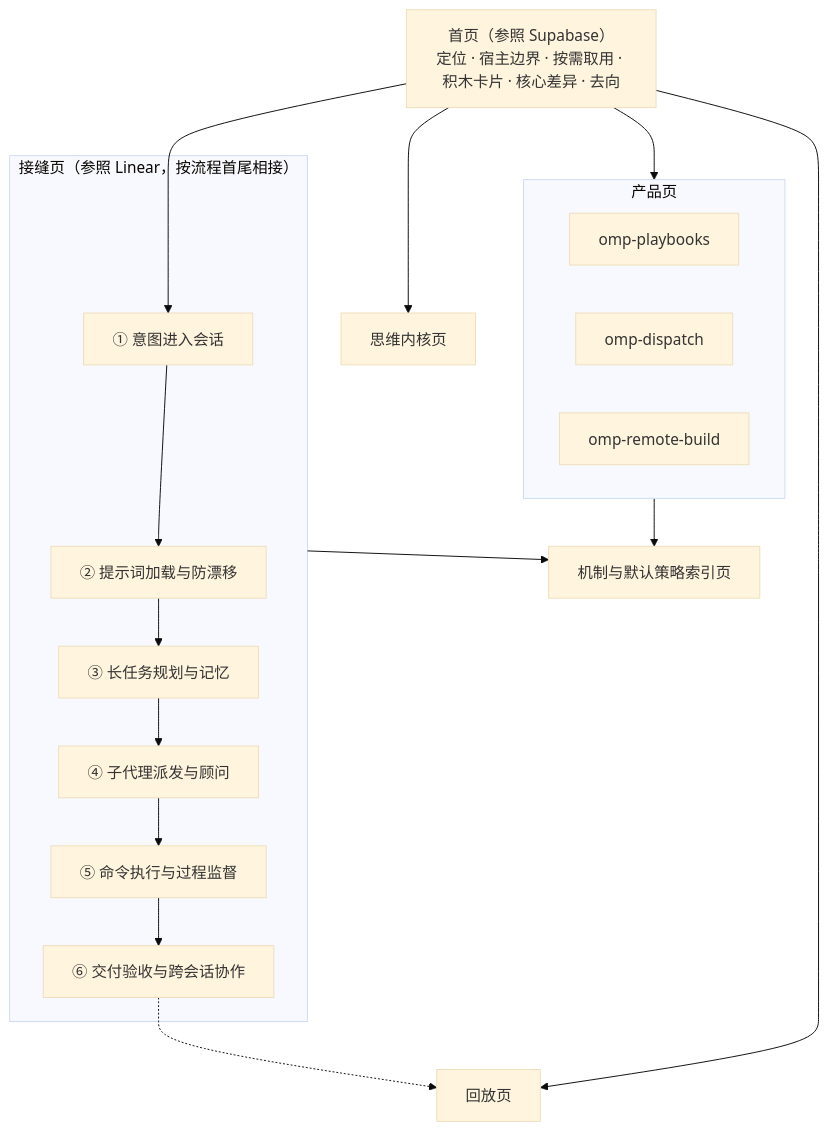
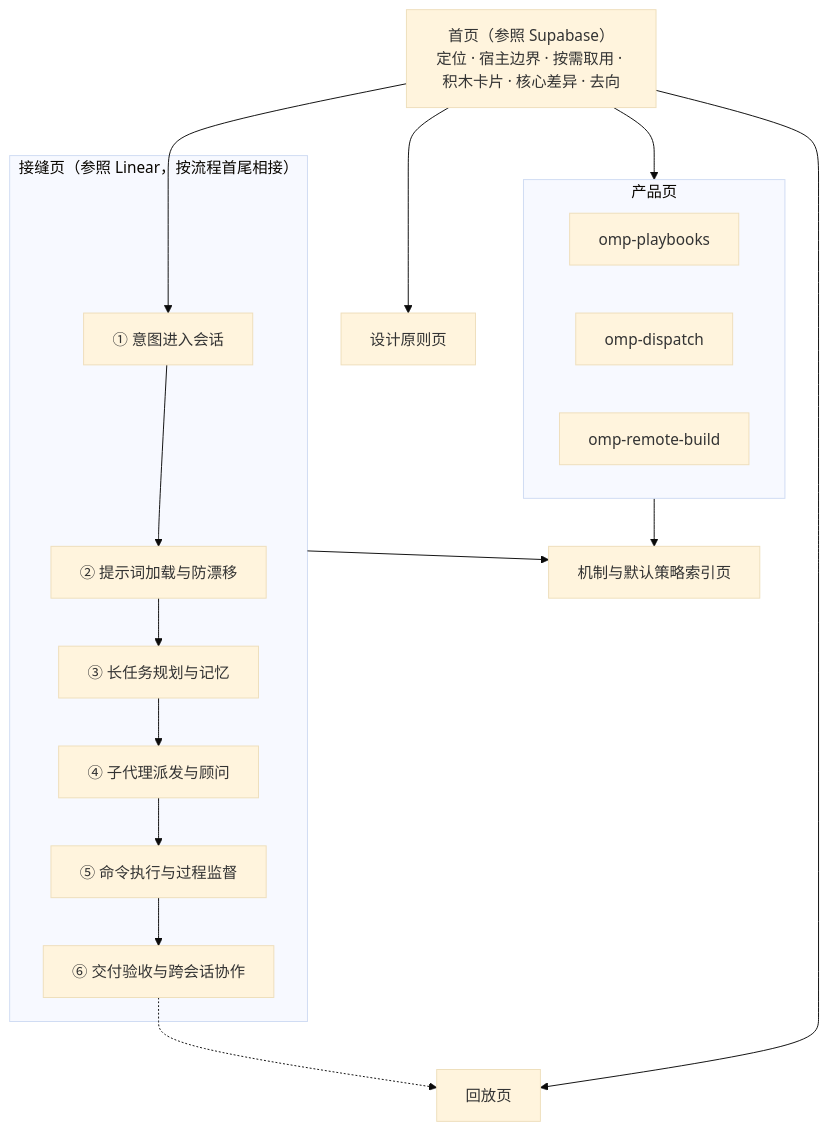
Before and after one commit to oh-my-omp/omomp-site: the diagram in docs/content-design.md, drawn with Mermaid (base theme). The commit also changed other lines of this file and 24 other files, not shown here.

````diff
--- a/docs/content-design.md
+++ b/docs/content-design.md
@@ -27,23 +27,23 @@
 ```mermaid
 flowchart TB
   Home["首页（参照 Supabase）<br/>定位 · 宿主边界 · 按需取用 · 积木卡片 · 核心差异 · 去向"]
-  Home --> Tenets["思维内核页"]
+  Home --> Tenets["设计原则页"]
   Home --> S1
   subgraph Seams["接缝页（参照 Linear，按流程首尾相接）"]
     S1["① 意图进入会话"] --> S2["② 提示词加载与防漂移"]
     S2 --> S3["③ 长任务规划与记忆"]
     S3 --> S4["④ 子代理派发与顾问"]
     S4 --> S5["⑤ 命令执行与过程监督"]
     S5 --> S6["⑥ 交付验收与跨会话协作"]
   end
   S6 -.-> Replay["回放页"]
   Home --> Replay
   subgraph Products["产品页"]
     PB["omp-playbooks"]
     DP["omp-dispatch"]
     RB["omp-remote-build"]
   end
   Home --> Products
   Seams --> Idx["机制与默认策略索引页"]
   Products --> Idx
 ```
````
